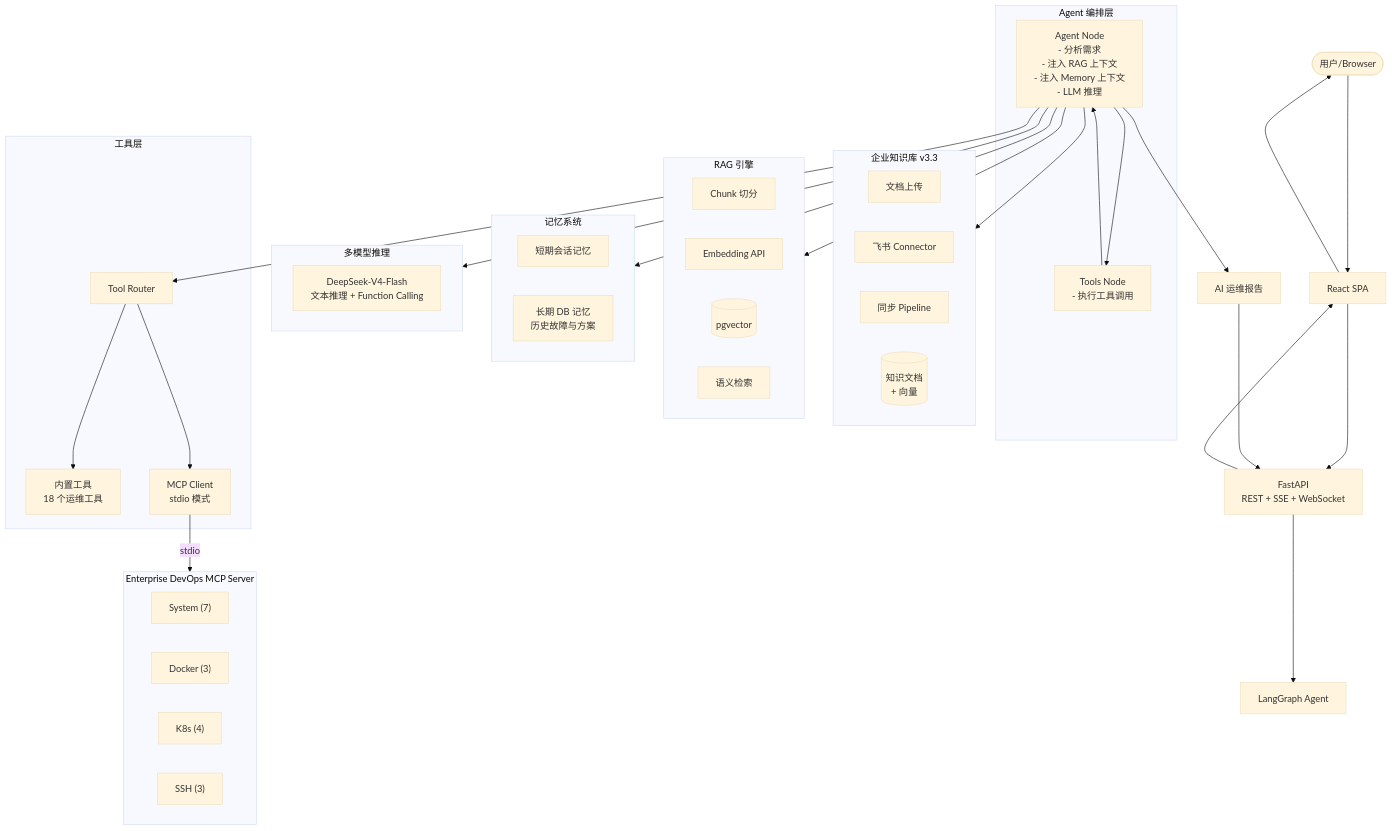
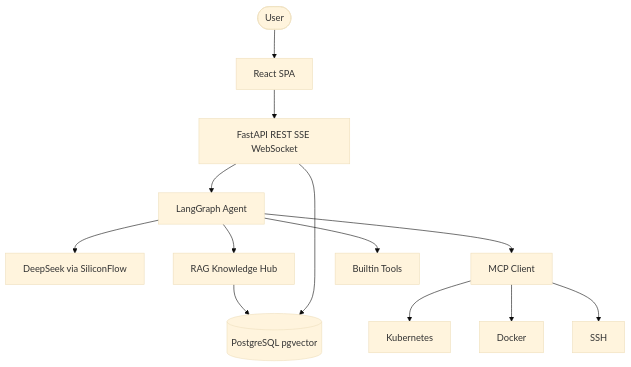
One commit to zhifengjin050-arch/enterprise-ai-sre-platform changed the diagram in README.md. Above: the diagram before and after it, drawn with Mermaid (base theme). The commit also changed other lines of this file and 80 other files, not shown here.

````diff
--- a/README.md
+++ b/README.md
@@ -192,63 +108,15 @@
 ```mermaid
 flowchart TB
-    User([用户/Browser]) --> Front["React SPA"]
-    Front --> API["FastAPI<br/>REST + SSE + WebSocket"]
-
-    API --> LG["LangGraph Agent"]
-
-    subgraph Agent[Agent 编排层]
-        AN["Agent Node<br/>- 分析需求<br/>- 注入 RAG 上下文<br/>- 注入 Memory 上下文<br/>- LLM 推理"]
-        TN["Tools Node<br/>- 执行工具调用"]
-        AN --> TN
-        TN --> AN
-    end
-
-    subgraph KH[企业知识库 v3.3]
-        DocUpload[文档上传]
-        Feishu[飞书 Connector]
-        Sync[同步 Pipeline]
-        KHDB[(知识文档<br/>+ 向量)]
-    end
-
-    subgraph RAG[RAG 引擎]
-        Chunk[Chunk 切分]
-        Emb[Embedding API]
-        VS[(pgvector)]
-        Ret[语义检索]
-    end
-
-    subgraph Mem[记忆系统]
-        CM[短期会话记忆]
-        LM[长期 DB 记忆<br/>历史故障与方案]
-    end
-
-    subgraph LLM[多模型推理]
-        Text["DeepSeek-V4-Flash<br/>文本推理 + Function Calling"]
-    end
-
-    subgraph TI[工具层]
-        TR[Tool Router]
-        IT["内置工具<br/>18 个运维工具"]
-        MCPC[MCP Client<br/>stdio 模式]
-    end
-
-    subgraph MCP["Enterprise DevOps MCP Server"]
-        Sys["System (7)"]
-        Doc2["Docker (3)"]
-        K8s["K8s (4)"]
-        SSH["SSH (3)"]
-    end
-
-    AN --> KH
-    AN --> RAG
-    AN --> Mem
-    AN --> LLM
-    AN --> TR
-
-    TR --> IT
-    TR --> MCPC
-    MCPC -->|stdio| MCP
-
-    AN --> Report["AI 运维报告"]
-    Report --> API --> Front --> User
+    User([User]) --> Front[React SPA]
+    Front --> API[FastAPI REST SSE WebSocket]
+    API --> Agent[LangGraph Agent]
+    Agent --> LLM[DeepSeek via SiliconFlow]
+    Agent --> RAG[RAG Knowledge Hub]
+    Agent --> MCP[MCP Client]
+    Agent --> Tools[Builtin Tools]
+    MCP --> K8s[Kubernetes]
+    MCP --> Docker[Docker]
+    MCP --> SSH[SSH]
+    RAG --> PG[(PostgreSQL pgvector)]
+    API --> PG
 ```
````
